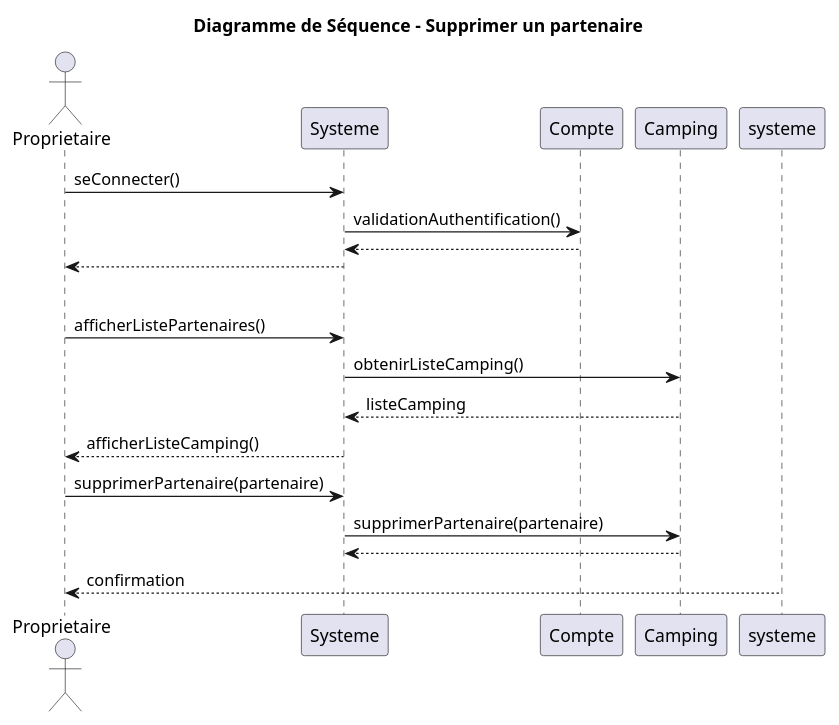
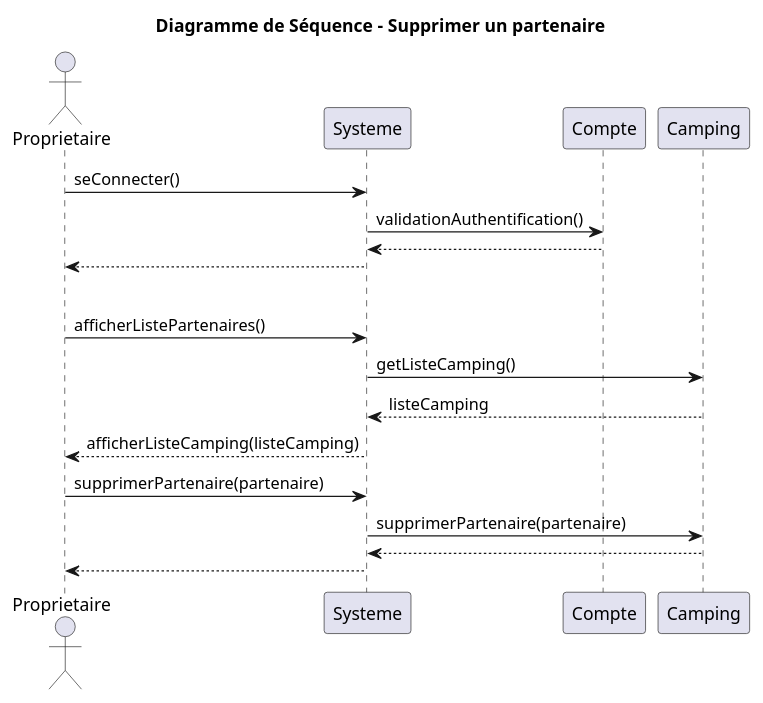
One commit to Egario54/ProjetClubNautique changed the diagram in UML/Diagramme_séquence_supprimer_partenaire.puml. Above: the diagram before and after it, drawn with PlantUML. The commit also changed 13 other files, not shown here.

First line of the commit message:
Ajout du diagramme de classe

```diff
--- a/UML/Diagramme_séquence_supprimer_partenaire.puml
+++ b/UML/Diagramme_séquence_supprimer_partenaire.puml
@@ -1,27 +1,27 @@
 @startuml
 title Diagramme de Séquence - Supprimer un partenaire
 actor Proprietaire
 participant Systeme
 participant Compte
 participant Camping
 
 'Connexion à un compte'
 Proprietaire -> Systeme: seConnecter()
 Systeme -> Compte: validationAuthentification()
 return
 Systeme --> Proprietaire
 
 'Séparation'
 |||
 
 'Ajouter un partenaire'
 Proprietaire -> Systeme: afficherListePartenaires()
-Systeme -> Camping: obtenirListeCamping()
+Systeme -> Camping: getListeCamping()
 Camping --> Systeme: listeCamping
-Systeme --> Proprietaire: afficherListeCamping()
+Systeme --> Proprietaire: afficherListeCamping(listeCamping)
 
 Proprietaire -> Systeme: supprimerPartenaire(partenaire)
 Systeme -> Camping: supprimerPartenaire(partenaire)
 return
-systeme --> Proprietaire: confirmation
+Systeme --> Proprietaire
 @enduml
```
